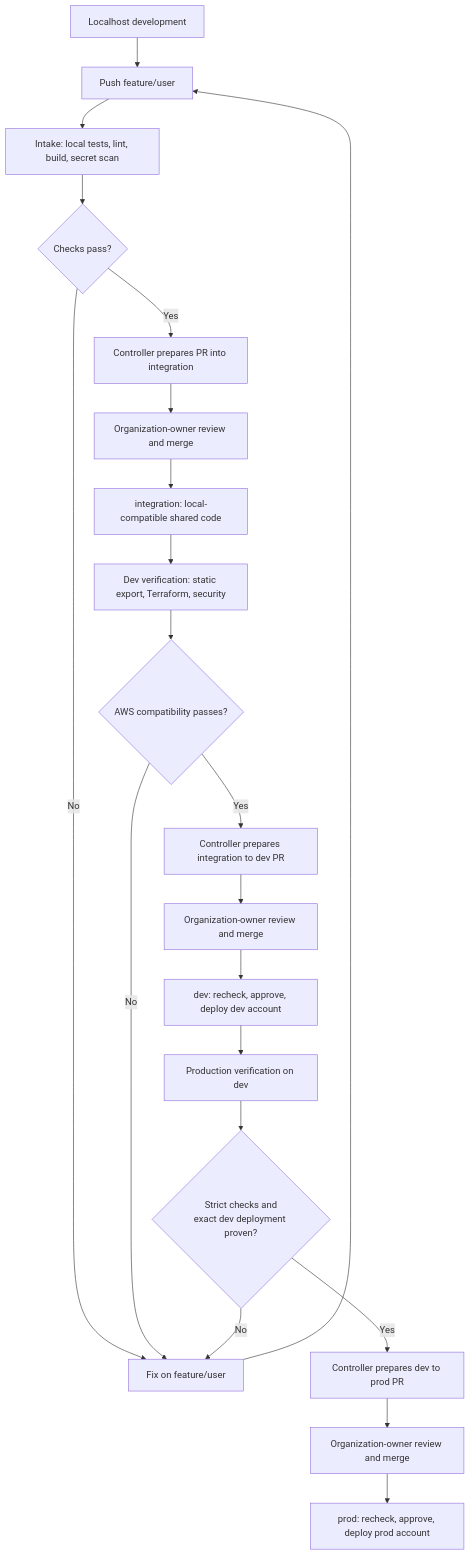
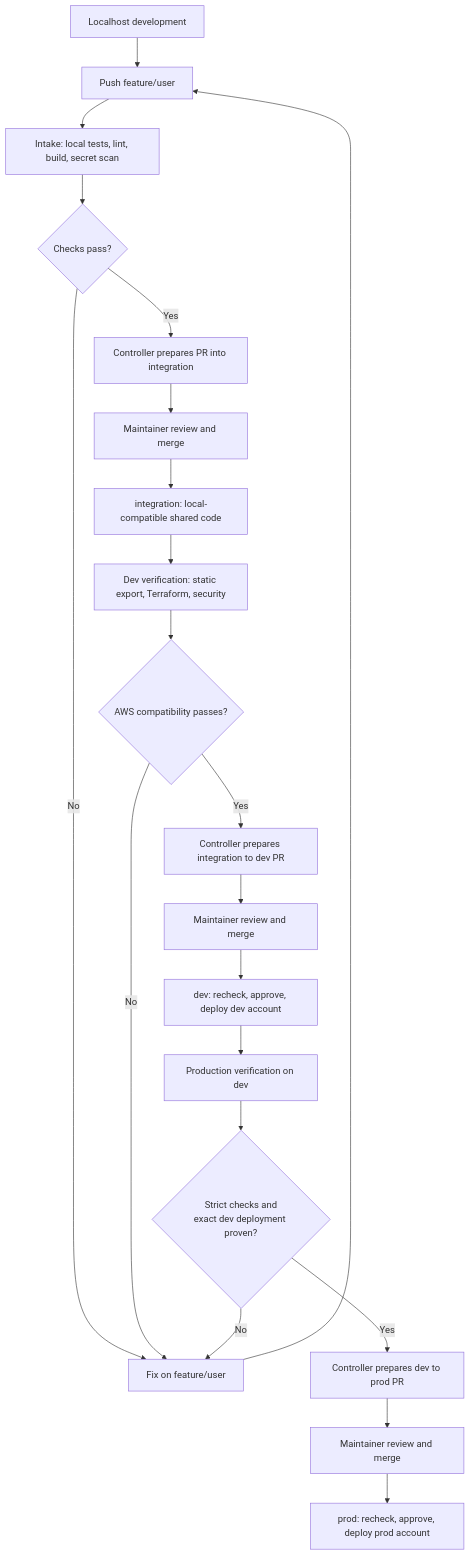
Before and after one commit to Yale-Undergraduate-Consulting-Group/club-res-website: the first of 16 diagrams in docs/CI_CD.md, drawn with Mermaid. The commit also changed other lines of this file and 12 other files, not shown here.

Commit message:
Use maintainer role instead of a named owner for review

````diff
--- a/docs/CI_CD.md
+++ b/docs/CI_CD.md
@@ -24,23 +26,23 @@
 ```mermaid
 flowchart TD
   L["Localhost development"] --> F["Push feature/user"]
   F --> I["Intake: local tests, lint, build, secret scan"]
   I --> G{"Checks pass?"}
   G -->|No| FIX["Fix on feature/user"]
   FIX --> F
   G -->|Yes| PR["Controller prepares PR into integration"]
-  PR --> R["Organization-owner review and merge"]
+  PR --> R["Maintainer review and merge"]
   R --> INT["integration: local-compatible shared code"]
   INT --> D["Dev verification: static export, Terraform, security"]
   D --> DG{"AWS compatibility passes?"}
   DG -->|No| FIX
   DG -->|Yes| DP["Controller prepares integration to dev PR"]
-  DP --> DR["Organization-owner review and merge"]
+  DP --> DR["Maintainer review and merge"]
   DR --> DEV["dev: recheck, approve, deploy dev account"]
   DEV --> P["Production verification on dev"]
   P --> PG{"Strict checks and<br/>exact dev deployment proven?"}
   PG -->|No| FIX
   PG -->|Yes| PP["Controller prepares dev to prod PR"]
-  PP --> PRV["Organization-owner review and merge"]
+  PP --> PRV["Maintainer review and merge"]
   PRV --> PROD["prod: recheck, approve, deploy prod account"]
 ```
````
